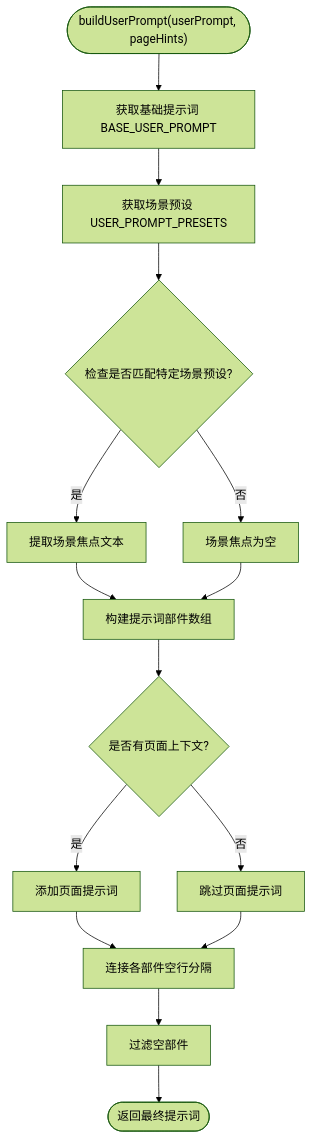
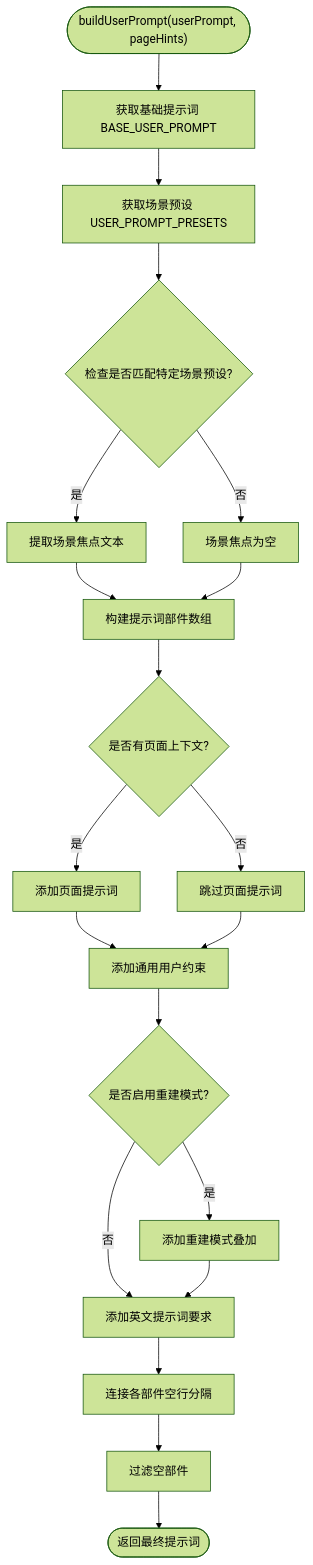
Before and after one commit to binasi/Img2Prompt: the fifth of 7 diagrams in .qoder/repowiki/zh/content/技术架构/核心模块分析/后台服务模块 (background.js).md, drawn with Mermaid (forest theme). The commit also changed other lines of this file and 11 other files, not shown here.

````diff
--- a/.qoder/repowiki/zh/content/技术架构/核心模块分析/后台服务模块 (background.js).md
+++ b/.qoder/repowiki/zh/content/技术架构/核心模块分析/后台服务模块 (background.js).md
@@ -321,17 +333,22 @@
 ```mermaid
 flowchart TD
 Start(["buildUserPrompt(userPrompt, pageHints)"]) --> GetBase["获取基础提示词 BASE_USER_PROMPT"]
 GetBase --> GetPresets["获取场景预设 USER_PROMPT_PRESETS"]
 GetPresets --> CheckPreset{"检查是否匹配特定场景预设?"}
 CheckPreset --> |是| ExtractScene["提取场景焦点文本"]
 CheckPreset --> |否| NoScene["场景焦点为空"]
 ExtractScene --> BuildParts["构建提示词部件数组"]
 NoScene --> BuildParts
 BuildParts --> AddPageHints{"是否有页面上下文?"}
 AddPageHints --> |是| AddHints["添加页面提示词"]
 AddPageHints --> |否| SkipHints["跳过页面提示词"]
-AddHints --> JoinParts["连接各部件空行分隔"]
-SkipHints --> JoinParts
+AddHints --> AddGeneric["添加通用用户约束"]
+SkipHints --> AddGeneric
+AddGeneric --> AddRecreate{"是否启用重建模式?"}
+AddRecreate --> |是| AddRecreateOverlay["添加重建模式叠加"]
+AddRecreate --> |否| AddEnglishReq["添加英文提示词要求"]
+AddRecreateOverlay --> AddEnglishReq
+AddEnglishReq --> JoinParts["连接各部件空行分隔"]
 JoinParts --> FilterEmpty["过滤空部件"]
 FilterEmpty --> Return(["返回最终提示词"])
 ```
````
